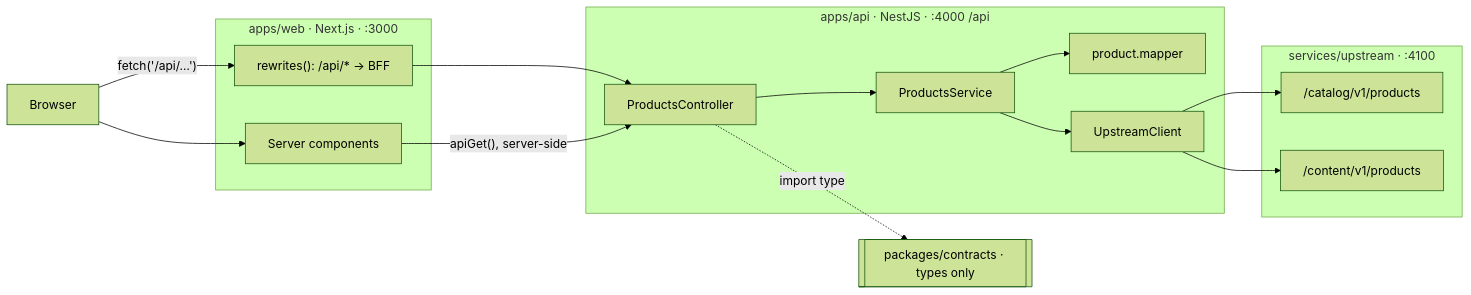
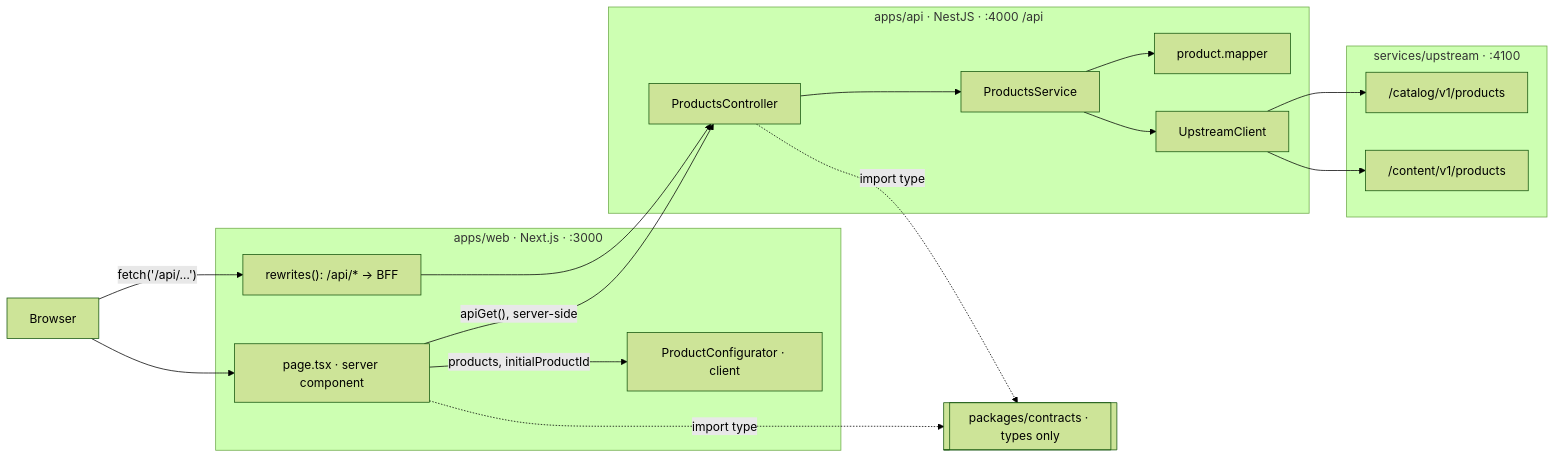
Before and after one commit to cmurillo08gap/saatva-take-home: the diagram in docs/architecture.md, drawn with Mermaid (forest theme). The commit also changed other lines of this file and 18 other files, not shown here.

````diff
--- a/docs/architecture.md
+++ b/docs/architecture.md
@@ -5,27 +5,30 @@
 ```mermaid
 flowchart LR
   B[Browser]
   subgraph web["apps/web · Next.js · :3000"]
-    RSC["Server components"]
+    RSC["page.tsx · server component"]
+    PCF["ProductConfigurator · client"]
     RW["rewrites(): /api/* → BFF"]
   end
   subgraph api["apps/api · NestJS · :4000 /api"]
     PC["ProductsController"]
     PS[ProductsService]
     PM["product.mapper"]
     UC[UpstreamClient]
   end
   subgraph up["services/upstream · :4100"]
     CAT["/catalog/v1/products"]
     CON["/content/v1/products"]
   end
   CT[["packages/contracts · types only"]]
   B --> RSC
+  RSC -->|"products, initialProductId"| PCF
   B -->|"fetch('/api/…')"| RW --> PC
   RSC -->|"apiGet(), server-side"| PC
   PC --> PS --> UC
   PS --> PM
   UC --> CAT
   UC --> CON
   PC -.->|"import type"| CT
+  RSC -.->|"import type"| CT
 ```
````
